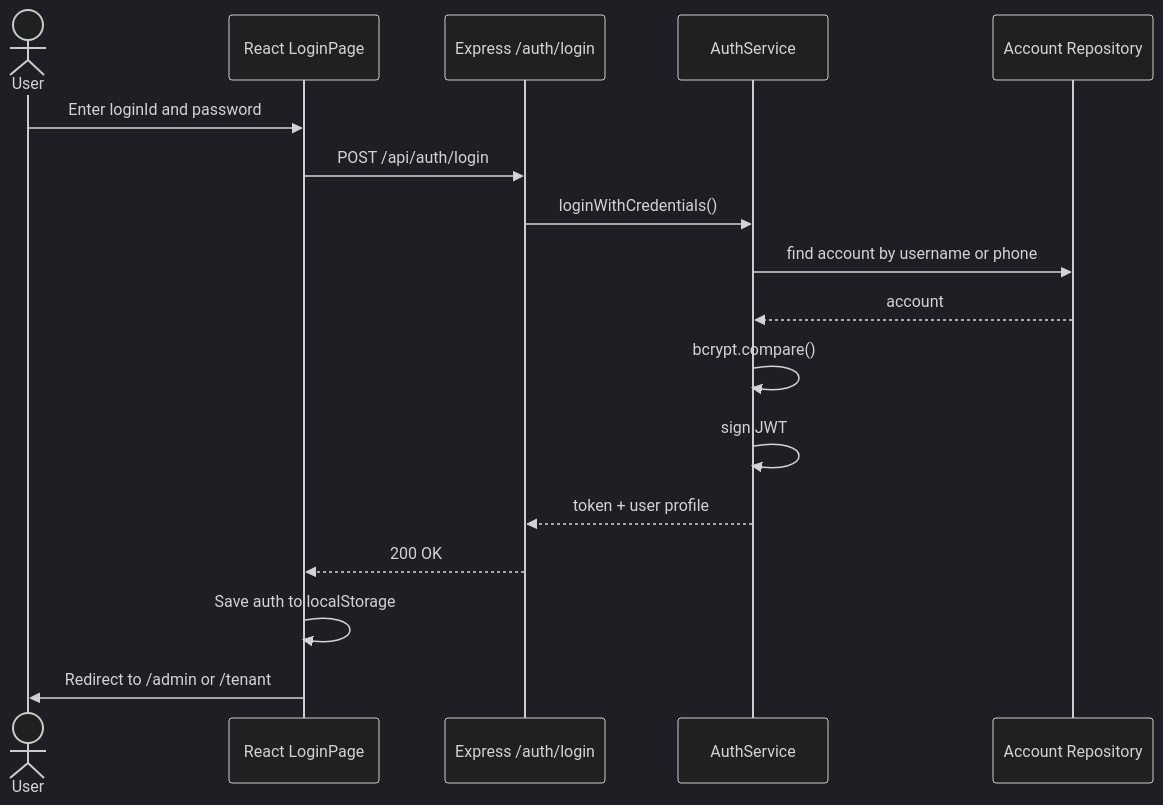
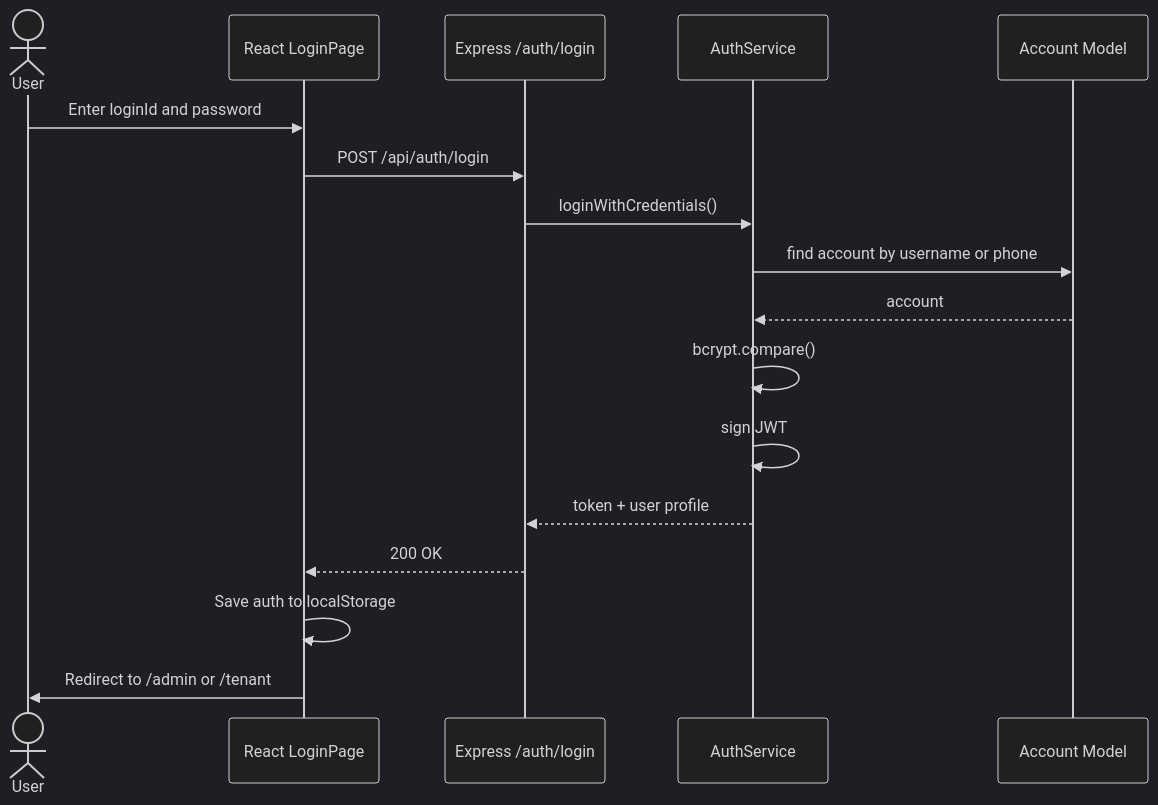
One commit to datphan3201/room-rental-management-software changed diagram 15 of 21 in docs/SYSTEM_REPORT.md. Above: the diagram before and after it, drawn with Mermaid (dark theme). The commit also changed other lines of this file and 35 other files, not shown here.

````diff
--- a/docs/SYSTEM_REPORT.md
+++ b/docs/SYSTEM_REPORT.md
@@ -1012,20 +1066,20 @@
 ```mermaid
 sequenceDiagram
   actor User
   participant UI as React LoginPage
   participant API as Express /auth/login
   participant AuthSvc as AuthService
-  participant Account as Account Repository
+  participant Account as Account Model
 
   User->>UI: Enter loginId and password
   UI->>API: POST /api/auth/login
   API->>AuthSvc: loginWithCredentials()
   AuthSvc->>Account: find account by username or phone
   Account-->>AuthSvc: account
   AuthSvc->>AuthSvc: bcrypt.compare()
   AuthSvc->>AuthSvc: sign JWT
   AuthSvc-->>API: token + user profile
   API-->>UI: 200 OK
   UI->>UI: Save auth to localStorage
   UI->>User: Redirect to /admin or /tenant
 ```
````
